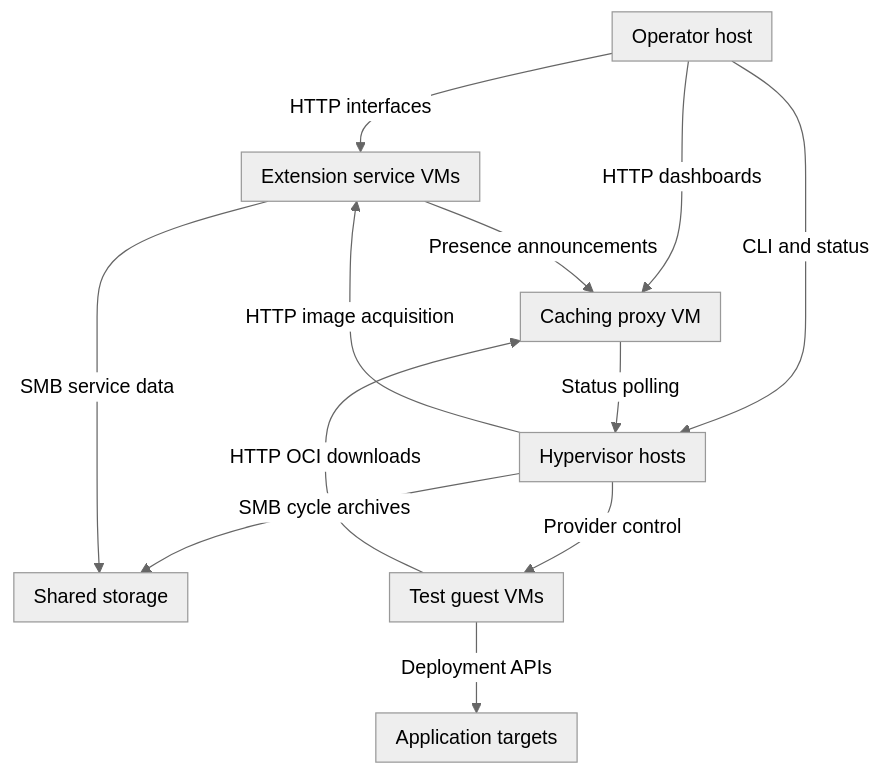
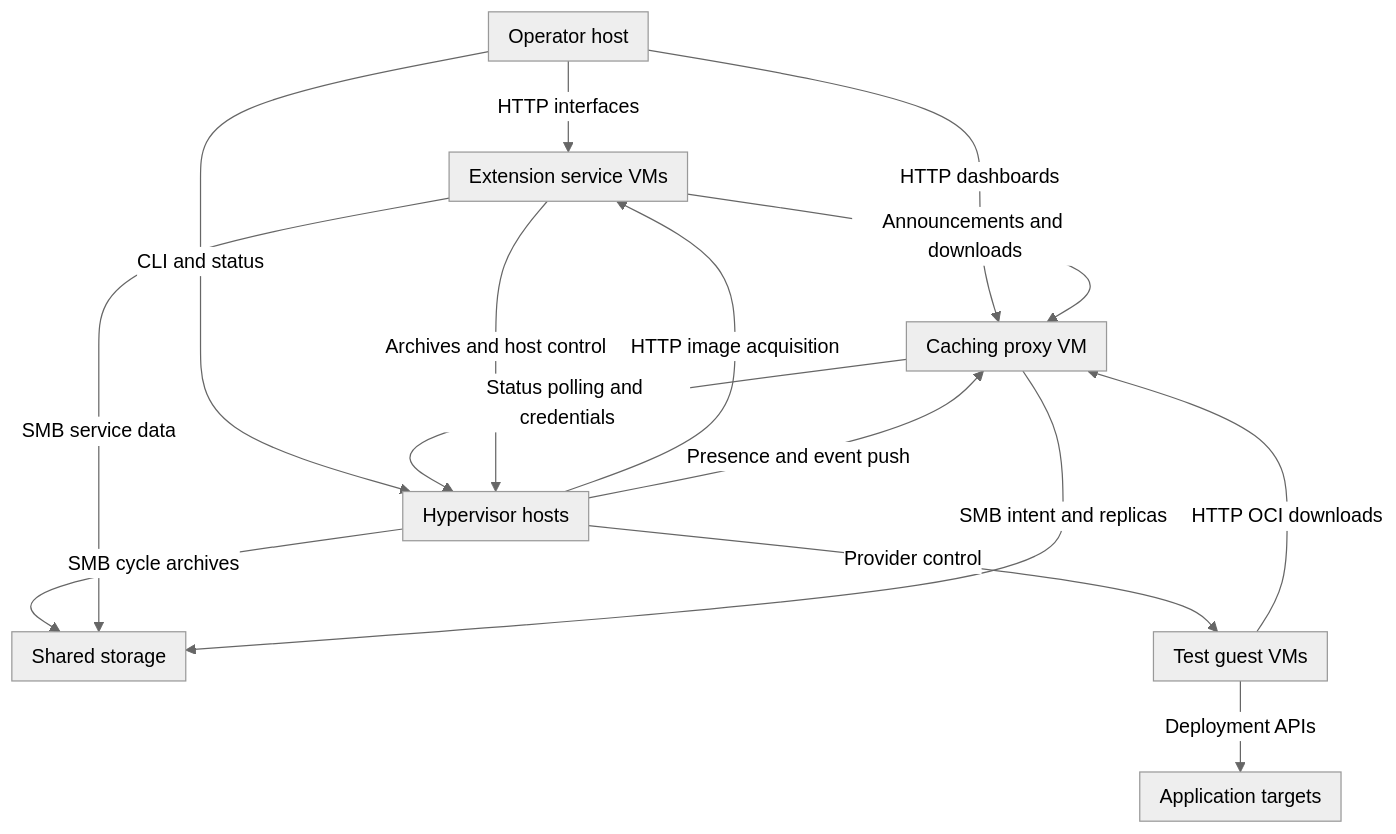
One commit to alissonsol/yuruna changed the first of 5 diagrams in docs/design/06-deployment.md. Above: the diagram before and after it, drawn with Mermaid (neutral theme). The commit also changed other lines of this file and 930 other files, not shown here.

````diff
--- a/docs/design/06-deployment.md
+++ b/docs/design/06-deployment.md
@@ -9,28 +9,31 @@
 ```mermaid
 flowchart TB
     subgraph operator-host["Operator host"]
     end
     subgraph runner-host["Hypervisor hosts"]
     end
     subgraph guest["Test guest VMs"]
     end
     subgraph caching-proxy-service["Caching proxy VM"]
     end
     subgraph service-vms["Extension service VMs"]
     end
     subgraph yuruna-pool["Shared storage"]
     end
     subgraph deployment-targets["Application targets"]
     end
     operator-host -->|CLI and status| runner-host
     runner-host -->|Provider control| guest
     operator-host -->|HTTP dashboards| caching-proxy-service
     operator-host -->|HTTP interfaces| service-vms
     runner-host -->|HTTP image acquisition| service-vms
-    caching-proxy-service -->|Status polling| runner-host
+    caching-proxy-service -->|Status polling and credentials| runner-host
+    runner-host -->|Presence and event push| caching-proxy-service
     guest -->|HTTP OCI downloads| caching-proxy-service
     guest -->|Deployment APIs| deployment-targets
     runner-host -->|SMB cycle archives| yuruna-pool
     service-vms -->|SMB service data| yuruna-pool
-    service-vms -->|Presence announcements| caching-proxy-service
+    caching-proxy-service -->|SMB intent and replicas| yuruna-pool
+    service-vms -->|Announcements and downloads| caching-proxy-service
+    service-vms -->|Archives and host control| runner-host
 ```
````
